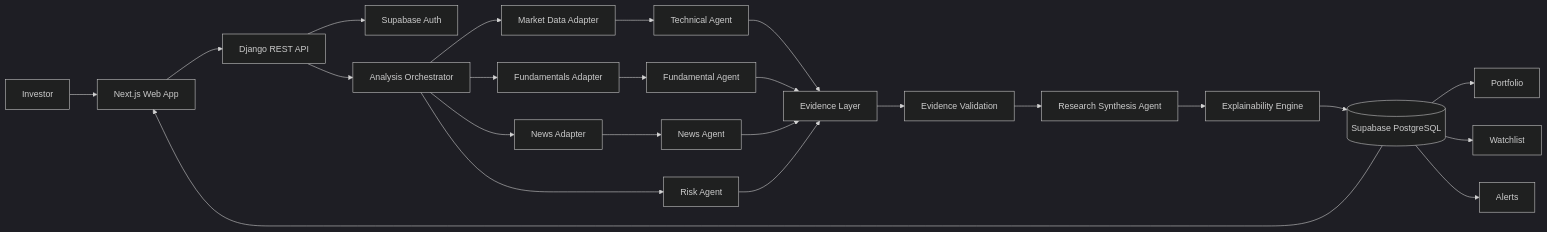
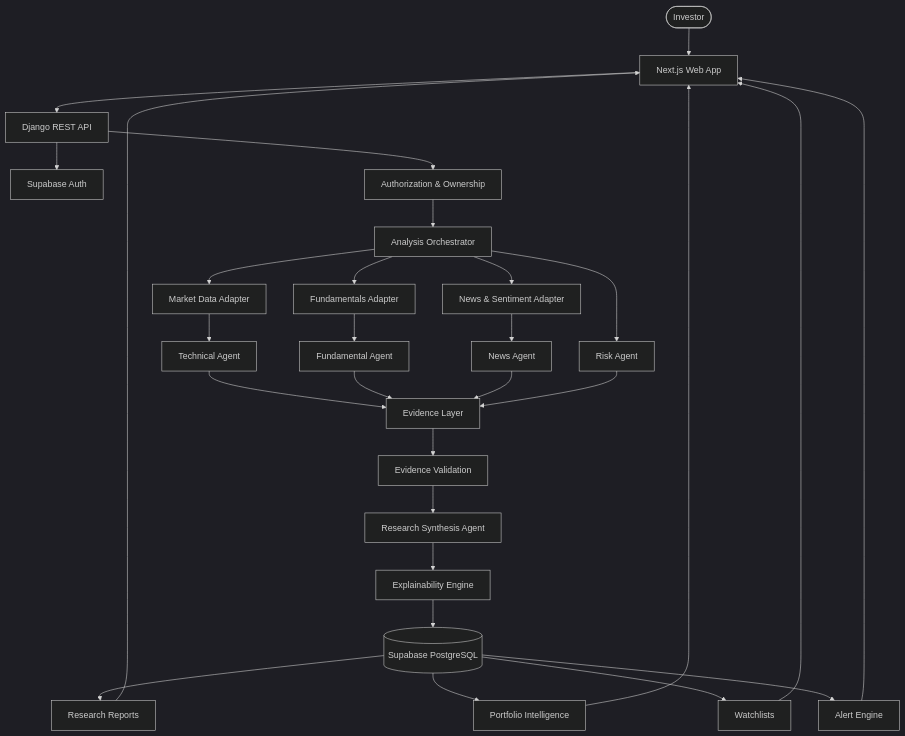
The first of 2 diagrams in README.md (bbhavya34/StockLens), drawn with Mermaid (dark theme) before and after one commit. The commit also changed other lines of this file, not shown here.

````diff
--- a/README.md
+++ b/README.md
@@ -30,33 +45,53 @@
 ```mermaid
-flowchart LR
-    U[Investor] --> FE[Next.js Web App]
+flowchart TB
+
+    %% Experience
+    U([Investor]) --> FE[Next.js Web App]
+
+    %% API
     FE --> API[Django REST API]
 
+    %% Identity
     API --> AUTH[Supabase Auth]
-    API --> O[Analysis Orchestrator]
+    API --> ACL[Authorization & Ownership]
 
-    O --> MD[Market Data Adapter]
-    O --> FD[Fundamentals Adapter]
-    O --> ND[News Adapter]
+    %% Intelligence
+    ACL --> ORCH[Analysis Orchestrator]
 
-    MD --> TA[Technical Agent]
-    FD --> FA[Fundamental Agent]
-    ND --> NA[News Agent]
-    O --> RA[Risk Agent]
+    %% Data acquisition
+    ORCH --> MD[Market Data Adapter]
+    ORCH --> FUND[Fundamentals Adapter]
+    ORCH --> NEWS[News & Sentiment Adapter]
 
-    TA --> E[Evidence Layer]
-    FA --> E
-    NA --> E
-    RA --> E
+    %% Agents
+    MD --> TECH[Technical Agent]
+    FUND --> FA[Fundamental Agent]
+    NEWS --> NA[News Agent]
+    ORCH --> RISK[Risk Agent]
 
-    E --> V[Evidence Validation]
-    V --> S[Research Synthesis Agent]
-    S --> X[Explainability Engine]
+    %% Evidence
+    TECH --> EVIDENCE[Evidence Layer]
+    FA --> EVIDENCE
+    NA --> EVIDENCE
+    RISK --> EVIDENCE
 
-    X --> DB[(Supabase PostgreSQL)]
-    DB --> FE
+    EVIDENCE --> VALIDATE[Evidence Validation]
 
-    DB --> P[Portfolio]
-    DB --> W[Watchlist]
-    DB --> AL[Alerts]
+    %% Synthesis
+    VALIDATE --> SYNTH[Research Synthesis Agent]
+    SYNTH --> EXPLAIN[Explainability Engine]
+
+    %% Persistence
+    EXPLAIN --> DB[(Supabase PostgreSQL)]
+
+    %% Product surfaces
+    DB --> REPORTS[Research Reports]
+    DB --> PORTFOLIO[Portfolio Intelligence]
+    DB --> WATCHLIST[Watchlists]
+    DB --> ALERTS[Alert Engine]
+
+    REPORTS --> FE
+    PORTFOLIO --> FE
+    WATCHLIST --> FE
+    ALERTS --> FE
 ```
````
